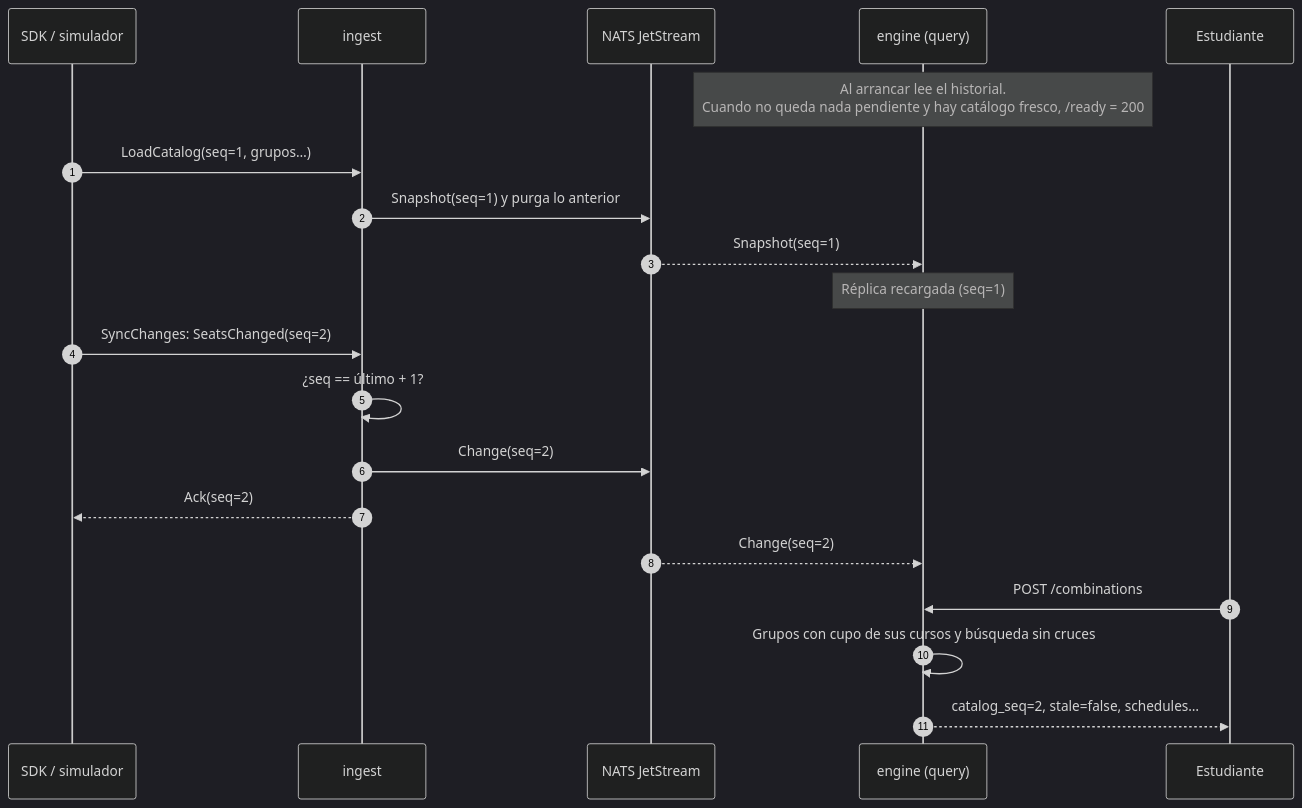
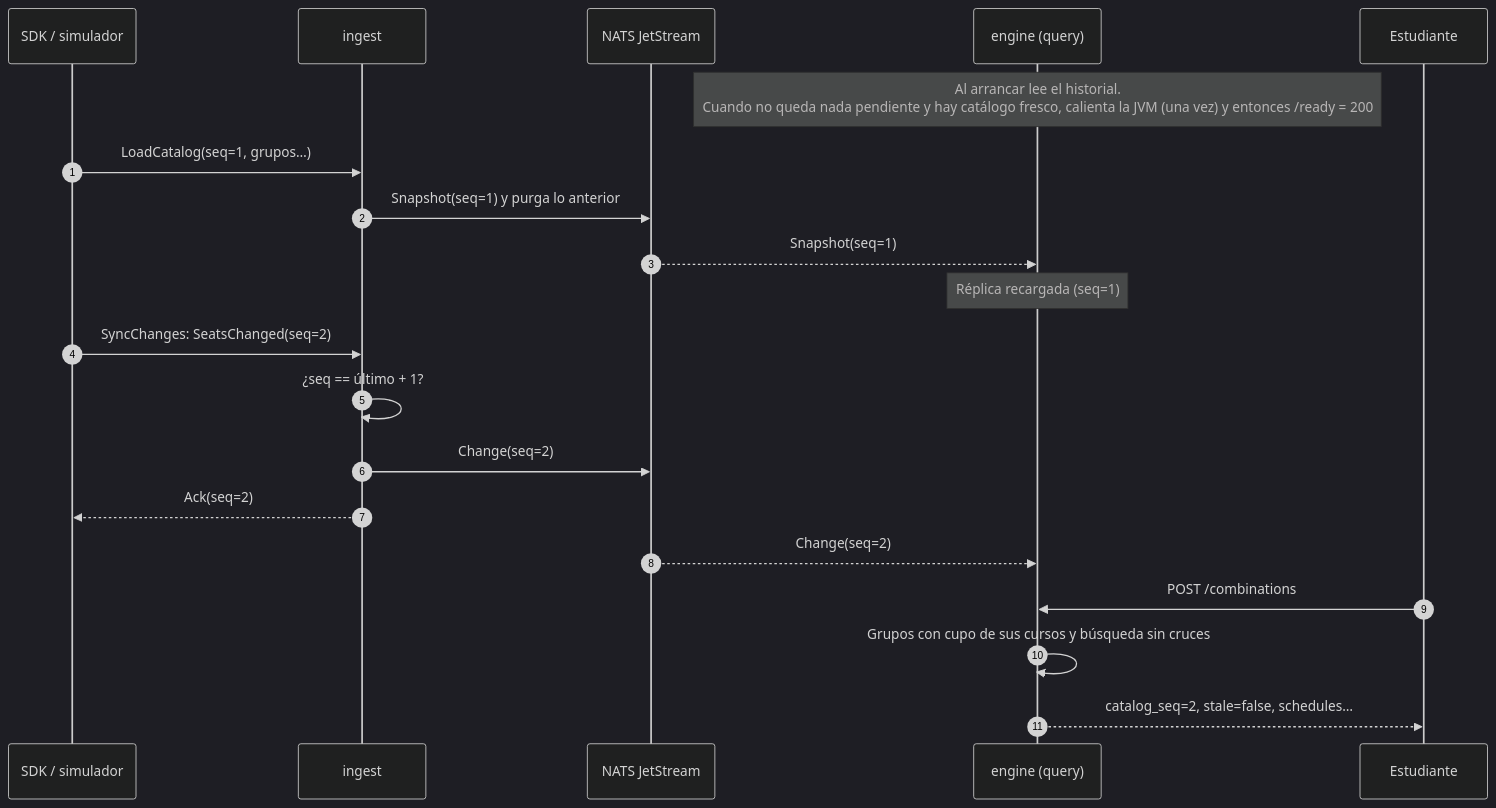
Before and after one commit to jcagudelo12/scheduling-engine-java: the third of 4 diagrams in docs/arquitectura.md, drawn with Mermaid (dark theme). The commit also changed other lines of this file and 6 other files, not shown here.

````diff
--- a/docs/arquitectura.md
+++ b/docs/arquitectura.md
@@ -110,23 +111,23 @@
 ```mermaid
 sequenceDiagram
     autonumber
     participant SDK as SDK / simulador
     participant ING as ingest
     participant LOG as NATS JetStream
     participant Q as engine (query)
     participant EST as Estudiante
 
-    Note over Q: Al arrancar lee el historial.<br/>Cuando no queda nada pendiente y hay catálogo fresco, /ready = 200
+    Note over Q: Al arrancar lee el historial.<br/>Cuando no queda nada pendiente y hay catálogo fresco, calienta la JVM (una vez) y entonces /ready = 200
     SDK->>ING: LoadCatalog(seq=1, grupos…)
     ING->>LOG: Snapshot(seq=1) y purga lo anterior
     LOG-->>Q: Snapshot(seq=1)
     Note over Q: Réplica recargada (seq=1)
     SDK->>ING: SyncChanges: SeatsChanged(seq=2)
     ING->>ING: ¿seq == último + 1?
     ING->>LOG: Change(seq=2)
     ING-->>SDK: Ack(seq=2)
     LOG-->>Q: Change(seq=2)
     EST->>Q: POST /combinations
     Q->>Q: Grupos con cupo de sus cursos y búsqueda sin cruces
     Q-->>EST: catalog_seq=2, stale=false, schedules…
 ```
````
